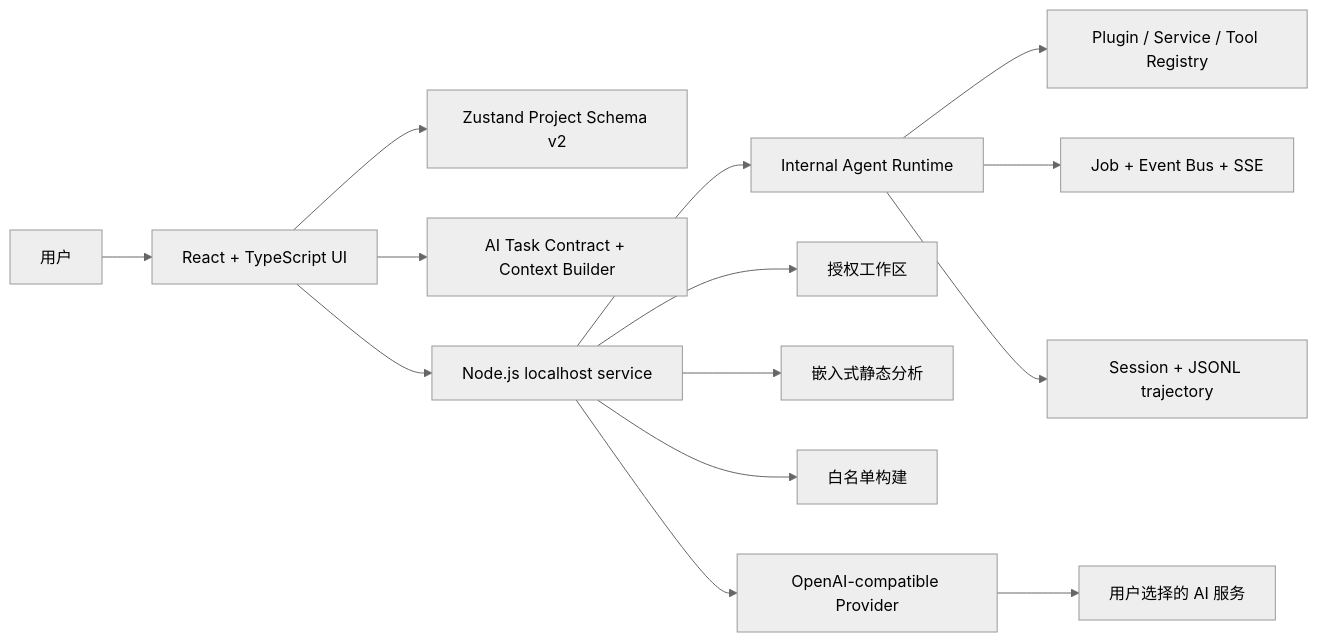
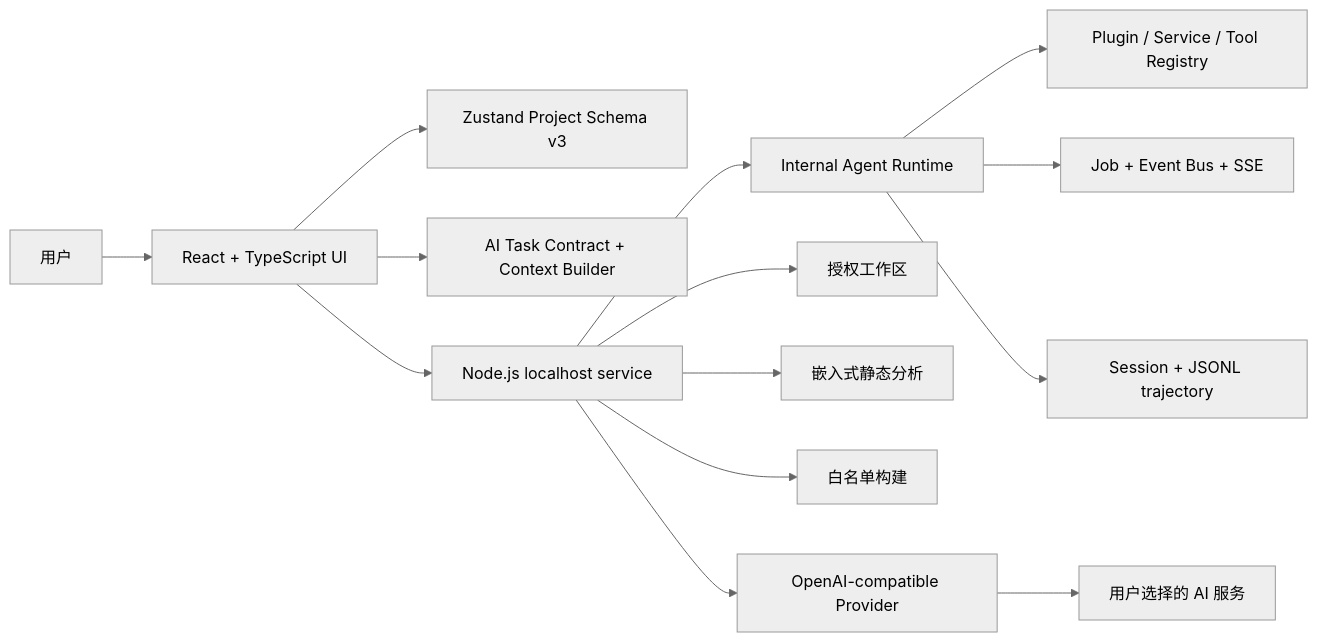
Before and after one commit to LEO-Ricardo20/MetaCore-AI: the diagram in docs/ARCHITECTURE.md, drawn with Mermaid (neutral theme). The commit also changed other lines of this file and 35 other files, not shown here.

````diff
--- a/docs/ARCHITECTURE.md
+++ b/docs/ARCHITECTURE.md
@@ -7,16 +7,16 @@
 ```mermaid
 flowchart LR
     User[用户] --> UI[React + TypeScript UI]
-    UI --> Store[Zustand Project Schema v2]
+    UI --> Store[Zustand Project Schema v3]
     UI --> AIFlow[AI Task Contract + Context Builder]
     UI --> Local[Node.js localhost service]
     Local --> Agent[Internal Agent Runtime]
     Agent --> Registry[Plugin / Service / Tool Registry]
     Agent --> Jobs[Job + Event Bus + SSE]
     Agent --> Sessions[Session + JSONL trajectory]
     Local --> Workspace[授权工作区]
     Local --> Analyzer[嵌入式静态分析]
     Local --> Build[白名单构建]
     Local --> Provider[OpenAI-compatible Provider]
     Provider --> ExternalAI[用户选择的 AI 服务]
 ```
````
